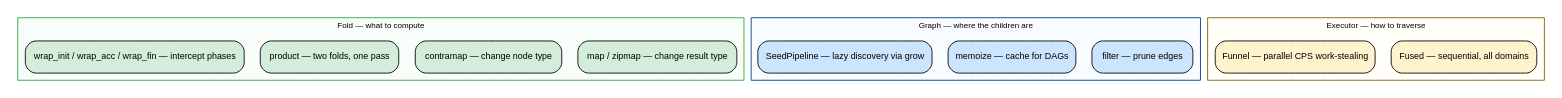
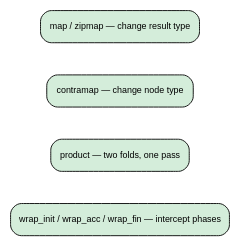
The first of 3 diagrams in book/src/intro.md (hylic-recursion/hylic-docs), drawn with Graphviz before and after one commit. The commit also changed other lines of this file, not shown here.

Commit message:
Fix intro three-axes diagram: split into three vertical diagrams
Single clustered diagram expanded horizontally beyond the viewport.
Replaced with three separate small TB diagrams (Fold, Graph, Executor),
each rendering as a narrow vertical stack.

````diff
--- a/book/src/intro.md
+++ b/book/src/intro.md
@@ -68,30 +70,10 @@
 ```dot process
 digraph {
-    rankdir=TB;
-    node [shape=box, style="rounded,filled", fontname="sans-serif", fontsize=10];
-
-    subgraph cluster_fold {
-        label="Fold — what to compute"; style=filled; fillcolor="#d4edda22"; color="#28a745";
-        fontname="sans-serif"; fontsize=9;
-        f1 [label="map / zipmap — change result type", fillcolor="#d4edda"];
-        f2 [label="contramap — change node type", fillcolor="#d4edda"];
-        f3 [label="product — two folds, one pass", fillcolor="#d4edda"];
-        f4 [label="wrap_init / wrap_acc / wrap_fin — intercept phases", fillcolor="#d4edda"];
-    }
-
-    subgraph cluster_graph {
-        label="Graph — where the children are"; style=filled; fillcolor="#cce5ff22"; color="#004085";
-        fontname="sans-serif"; fontsize=9;
-        g1 [label="filter — prune edges", fillcolor="#cce5ff"];
-        g2 [label="memoize — cache for DAGs", fillcolor="#cce5ff"];
-        g3 [label="SeedPipeline — lazy discovery via grow", fillcolor="#cce5ff"];
-    }
-
-    subgraph cluster_exec {
-        label="Executor — how to traverse"; style=filled; fillcolor="#fff3cd22"; color="#856404";
-        fontname="sans-serif"; fontsize=9;
-        e1 [label="Fused — sequential, all domains", fillcolor="#fff3cd"];
-        e2 [label="Funnel — parallel CPS work-stealing", fillcolor="#fff3cd"];
-    }
+    rankdir=TB; node [shape=box, style="rounded,filled", fontname="sans-serif", fontsize=10, fillcolor="#d4edda"];
+    f1 [label="map / zipmap — change result type"];
+    f2 [label="contramap — change node type"];
+    f3 [label="product — two folds, one pass"];
+    f4 [label="wrap_init / wrap_acc / wrap_fin — intercept phases"];
+    f1 -> f2 -> f3 -> f4 [style=invis];
 }
 ```
````
